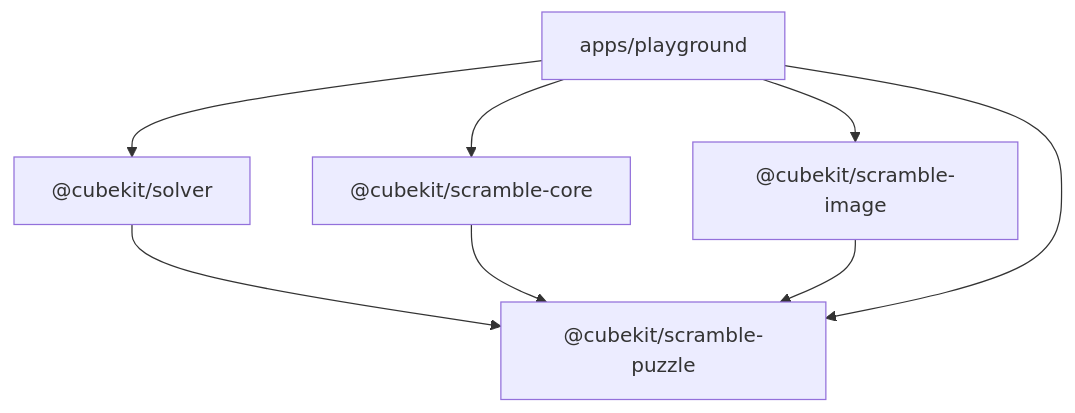
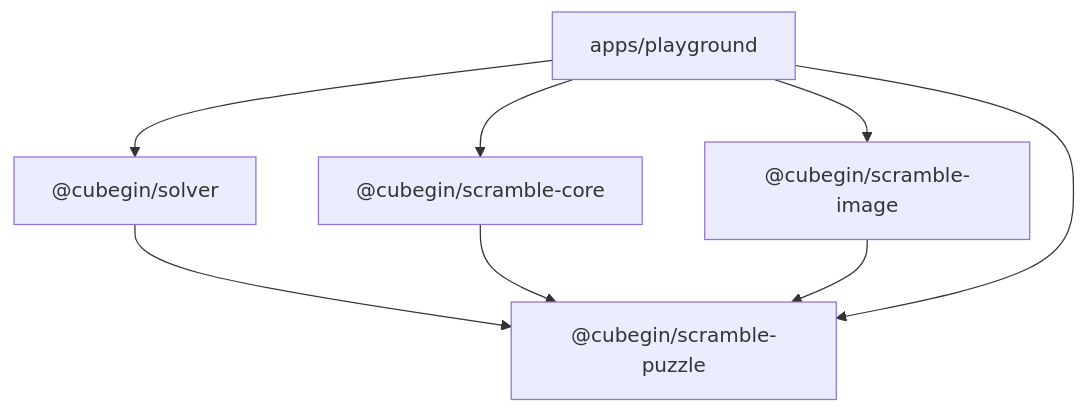
One commit to deweyou/cube-kit changed the diagram in docs/superpowers/specs/2026-05-31-auxiliary-solvers-design.md. Above: the diagram before and after it, drawn with Mermaid. The commit also changed other lines of this file and 164 other files, not shown here.

````diff
--- a/docs/superpowers/specs/2026-05-31-auxiliary-solvers-design.md
+++ b/docs/superpowers/specs/2026-05-31-auxiliary-solvers-design.md
@@ -42,16 +42,16 @@
 ```mermaid
 flowchart TD
-    Puzzle["@cubekit/scramble-puzzle"]
-    Solver["@cubekit/solver"]
-    Core["@cubekit/scramble-core"]
-    Image["@cubekit/scramble-image"]
+    Puzzle["@cubegin/scramble-puzzle"]
+    Solver["@cubegin/solver"]
+    Core["@cubegin/scramble-core"]
+    Image["@cubegin/scramble-image"]
     Playground["apps/playground"]
 
     Solver --> Puzzle
     Core --> Puzzle
     Image --> Puzzle
     Playground --> Solver
     Playground --> Core
     Playground --> Image
     Playground --> Puzzle
 ```
````
